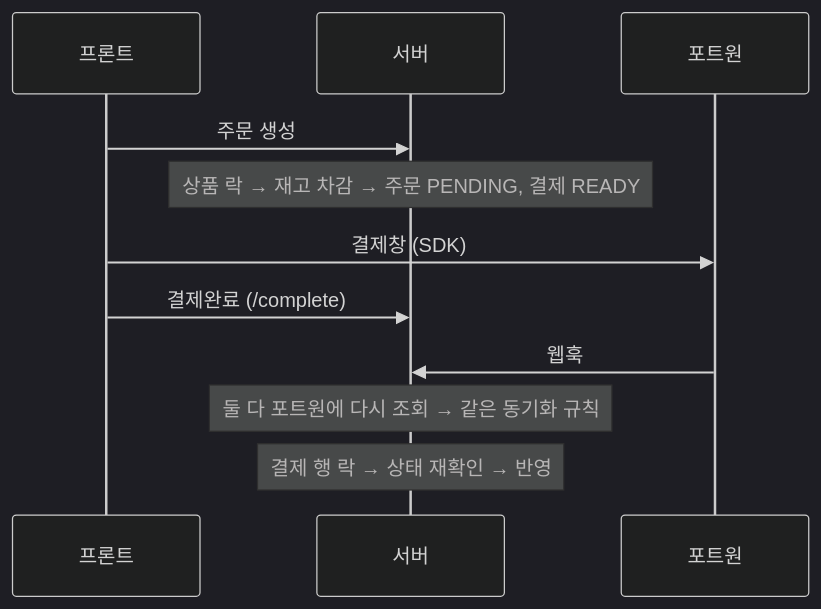
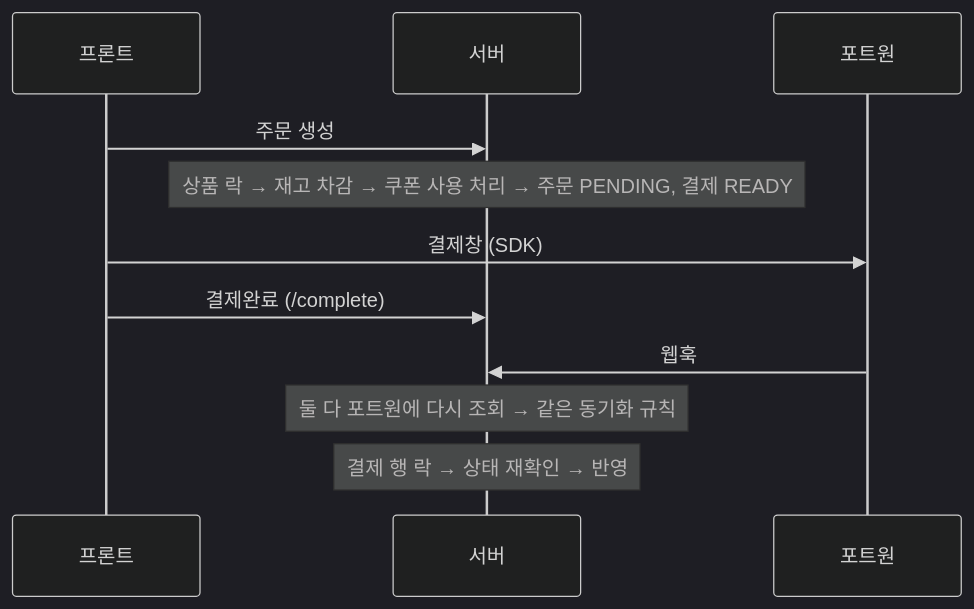
Before and after one commit to junghun92/baseshop: the third of 3 diagrams in README.md, drawn with Mermaid (dark theme). The commit also changed other lines of this file, not shown here.

````diff
--- a/README.md
+++ b/README.md
@@ -190,13 +257,13 @@
 ```mermaid
 sequenceDiagram
     participant F as 프론트
     participant S as 서버
     participant P as 포트원
     F->>S: 주문 생성
-    Note over S: 상품 락 → 재고 차감 → 주문 PENDING, 결제 READY
+    Note over S: 상품 락 → 재고 차감 → 쿠폰 사용 처리 → 주문 PENDING, 결제 READY
     F->>P: 결제창 (SDK)
     F->>S: 결제완료 (/complete)
     P->>S: 웹훅
     Note over S: 둘 다 포트원에 다시 조회 → 같은 동기화 규칙
     Note over S: 결제 행 락 → 상태 재확인 → 반영
 ```
````
